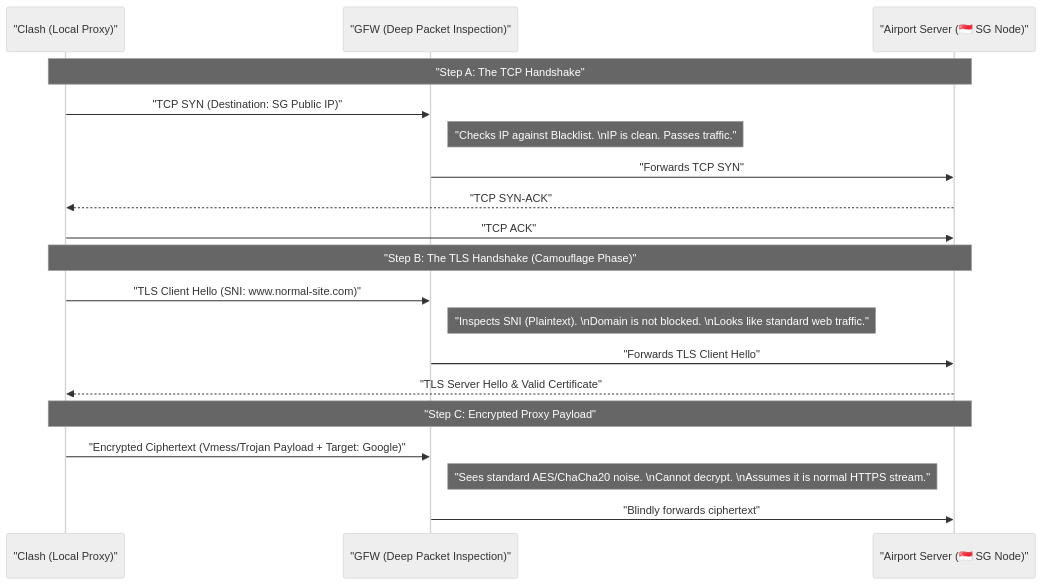
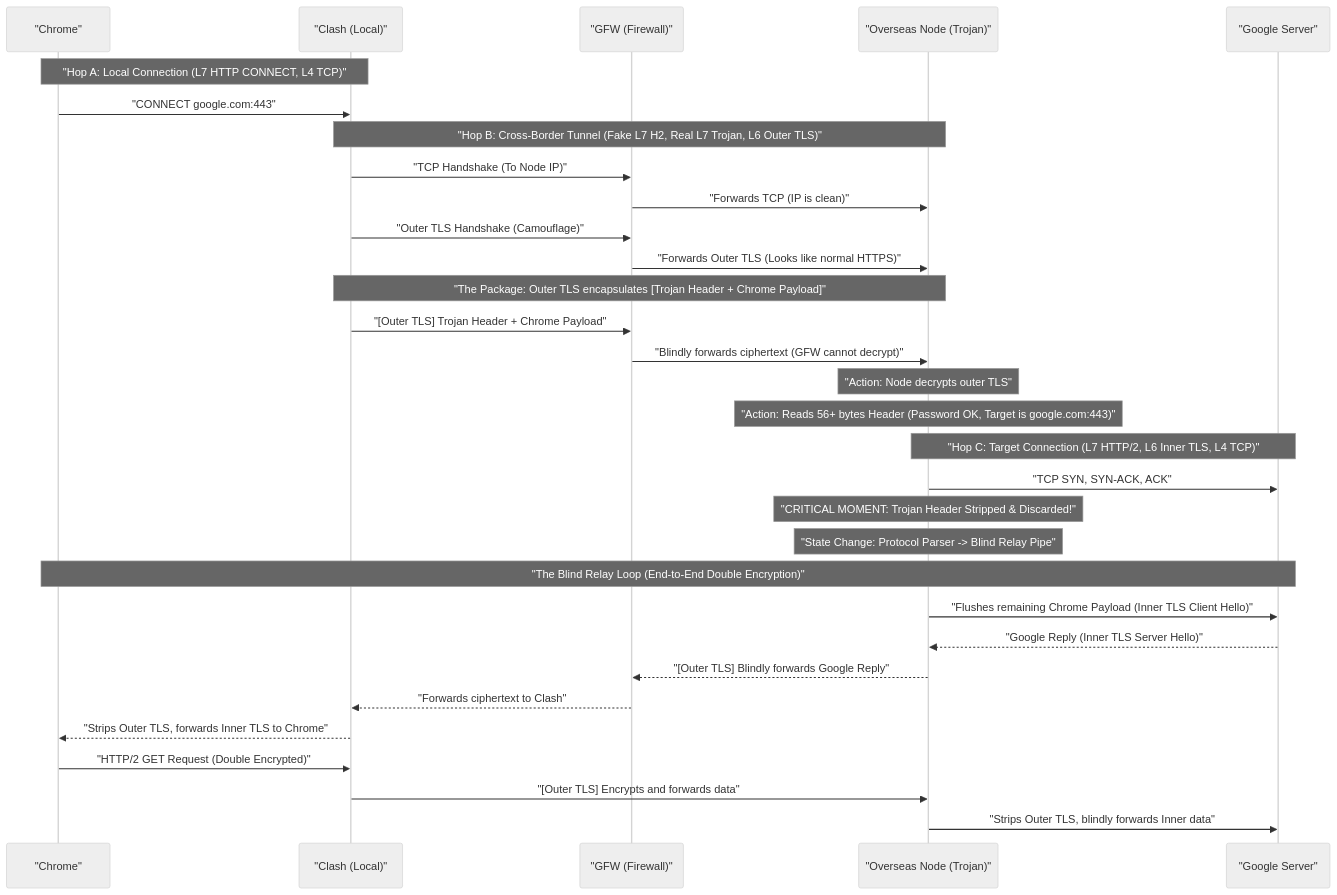
The diagram in docs/未命名.md (Lysssyo/Lysssyo.github.io), drawn with Mermaid (neutral theme) before and after one commit. The commit also changed 3 other files, not shown here.

````diff
--- a/docs/未命名.md
+++ b/docs/未命名.md
@@ -1,24 +1,42 @@
 ```mermaid
 sequenceDiagram
-    participant Clash as "Clash (Local Proxy)"
-    participant GFW as "GFW (Deep Packet Inspection)"
-    participant Airport as "Airport Server (🇸🇬 SG Node)"
+    participant Chrome as "Chrome"
+    participant Clash as "Clash (Local)"
+    participant GFW as "GFW (Firewall)"
+    participant Node as "Overseas Node (Trojan)"
+    participant Google as "Google Server"
 
-    Note over Clash, Airport: "Step A: The TCP Handshake"
-    Clash->>GFW: "TCP SYN (Destination: SG Public IP)"
-    Note right of GFW: "Checks IP against Blacklist. \nIP is clean. Passes traffic."
-    GFW->>Airport: "Forwards TCP SYN"
-    Airport-->>Clash: "TCP SYN-ACK"
-    Clash->>Airport: "TCP ACK"
+    Note over Chrome, Clash: "Hop A: Local Connection (L7 HTTP CONNECT, L4 TCP)"
+    Chrome->>Clash: "CONNECT google.com:443"
 
-    Note over Clash, Airport: "Step B: The TLS Handshake (Camouflage Phase)"
-    Clash->>GFW: "TLS Client Hello (SNI: www.normal-site.com)"
-    Note right of GFW: "Inspects SNI (Plaintext). \nDomain is not blocked. \nLooks like standard web traffic."
-    GFW->>Airport: "Forwards TLS Client Hello"
-    Airport-->>Clash: "TLS Server Hello & Valid Certificate"
+    Note over Clash, Node: "Hop B: Cross-Border Tunnel (Fake L7 H2, Real L7 Trojan, L6 Outer TLS)"
+    Clash->>GFW: "TCP Handshake (To Node IP)"
+    GFW->>Node: "Forwards TCP (IP is clean)"
     
-    Note over Clash, Airport: "Step C: Encrypted Proxy Payload"
-    Clash->>GFW: "Encrypted Ciphertext (Vmess/Trojan Payload + Target: Google)"
-    Note right of GFW: "Sees standard AES/ChaCha20 noise. \nCannot decrypt. \nAssumes it is normal HTTPS stream."
-    GFW->>Airport: "Blindly forwards ciphertext"
+    Clash->>GFW: "Outer TLS Handshake (Camouflage)"
+    GFW->>Node: "Forwards Outer TLS (Looks like normal HTTPS)"
+    
+    Note over Clash, Node: "The Package: Outer TLS encapsulates [Trojan Header + Chrome Payload]"
+    Clash->>GFW: "[Outer TLS] Trojan Header + Chrome Payload"
+    GFW->>Node: "Blindly forwards ciphertext (GFW cannot decrypt)"
+
+    Note over Node: "Action: Node decrypts outer TLS"
+    Note over Node: "Action: Reads 56+ bytes Header (Password OK, Target is google.com:443)"
+
+    Note over Node, Google: "Hop C: Target Connection (L7 HTTP/2, L6 Inner TLS, L4 TCP)"
+    Node->>Google: "TCP SYN, SYN-ACK, ACK"
+    
+    Note over Node: "CRITICAL MOMENT: Trojan Header Stripped & Discarded!"
+    Note over Node: "State Change: Protocol Parser -> Blind Relay Pipe"
+
+    Note over Chrome, Google: "The Blind Relay Loop (End-to-End Double Encryption)"
+    Node->>Google: "Flushes remaining Chrome Payload (Inner TLS Client Hello)"
+    Google-->>Node: "Google Reply (Inner TLS Server Hello)"
+    Node-->>GFW: "[Outer TLS] Blindly forwards Google Reply"
+    GFW-->>Clash: "Forwards ciphertext to Clash"
+    Clash-->>Chrome: "Strips Outer TLS, forwards Inner TLS to Chrome"
+    
+    Chrome->>Clash: "HTTP/2 GET Request (Double Encrypted)"
+    Clash->>Node: "[Outer TLS] Encrypts and forwards data"
+    Node->>Google: "Strips Outer TLS, blindly forwards Inner data"
 ```
````
